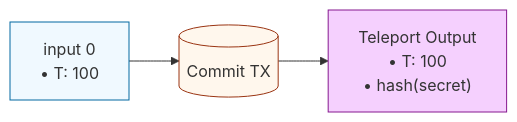
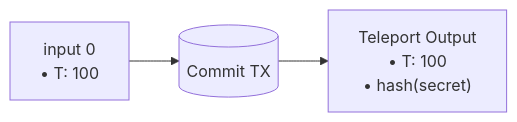
Before and after one commit to ArkLabsHQ/arkade-assets: the ninth of 13 diagrams in Arkade-Assets-Documentation.md, drawn with Mermaid. The commit also changed other lines of this file and 1 other file, not shown here.

````diff
--- a/Arkade-Assets-Documentation.md
+++ b/Arkade-Assets-Documentation.md
@@ -1036,13 +994,7 @@
 ```mermaid
 flowchart LR
   CommitTX[(Commit TX)]
   i0["input 0<br/>• T: 100"] --> CommitTX
   CommitTX --> o_teleport["Teleport Output<br/>• T: 100<br/>• hash(secret)"]
 
-  classDef in fill:#f0f9ff,stroke:#0369a1,stroke-width:1px;
-  classDef out fill:#f5d0fe,stroke:#86198f,stroke-width:1px;
-  classDef tx fill:#fff7ed,stroke:#9a3412,stroke-width:1px;
-  class i0 in;
-  class o_teleport out;
-  class CommitTX tx;
 ```
````
